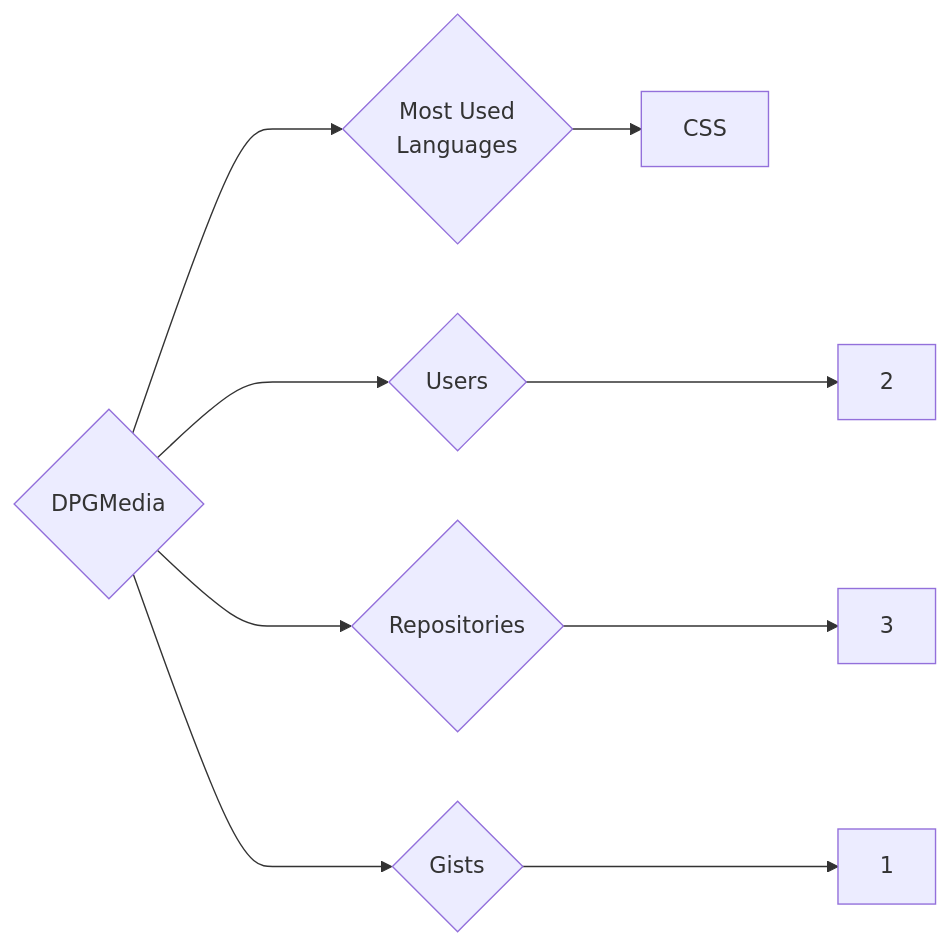
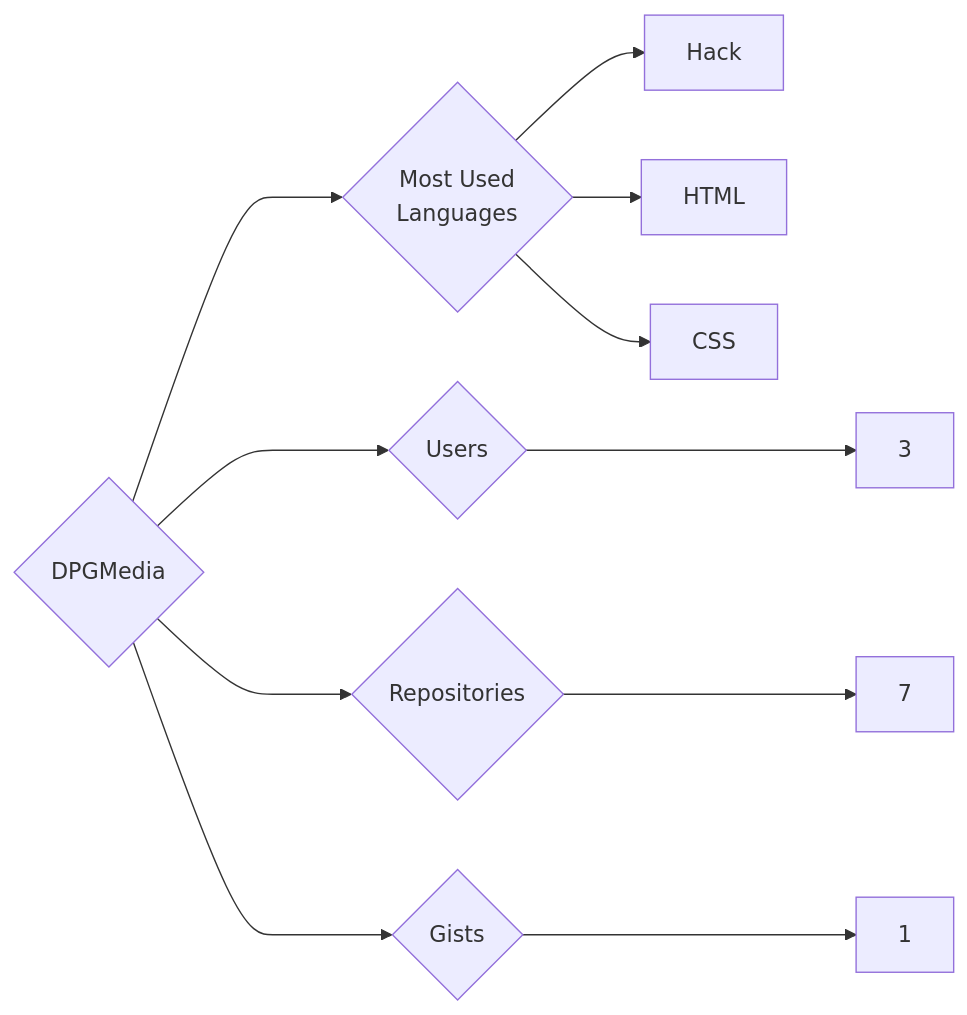
Before and after one commit to trickest/insiders: the diagram in targets/DPGMedia/README.md, drawn with Mermaid. The commit also changed 988 other files, not shown here.

````diff
--- a/targets/DPGMedia/README.md
+++ b/targets/DPGMedia/README.md
@@ -3,9 +3,11 @@
 ```mermaid
 graph LR
 COMPANY_NAME{DPGMedia}
-COMPANY_NAME ---> U{Users} ---> UN[2]
-COMPANY_NAME ---> R{Repositories} ---> RN[3]
+COMPANY_NAME ---> U{Users} ---> UN[3]
+COMPANY_NAME ---> R{Repositories} ---> RN[7]
 COMPANY_NAME ---> G{Gists} ---> GN[1]
 COMPANY_NAME ---> ML{Most Used<br>Languages}
+ML --> Hack[Hack]
+ML --> HTML[HTML]
 ML --> CSS[CSS]
 ```
````
